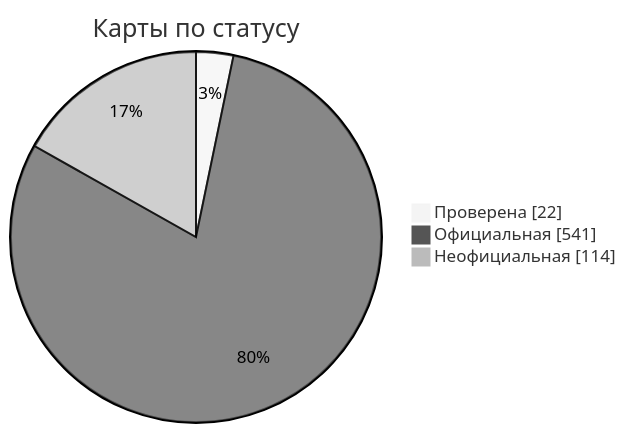
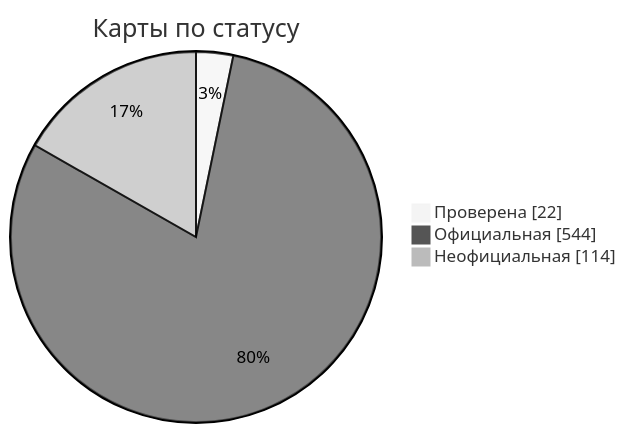
The diagram in docs/readme/README_RU.md (nobrega8/mbmap-library), drawn with Mermaid (neutral theme) before and after one commit. The commit also changed 8 other files, not shown here.

````diff
--- a/docs/readme/README_RU.md
+++ b/docs/readme/README_RU.md
@@ -54,7 +54,7 @@
 ```mermaid
 pie showData
     title Карты по статусу
     "Проверена" : 22
-    "Официальная" : 541
+    "Официальная" : 544
     "Неофициальная" : 114
 ```
````
